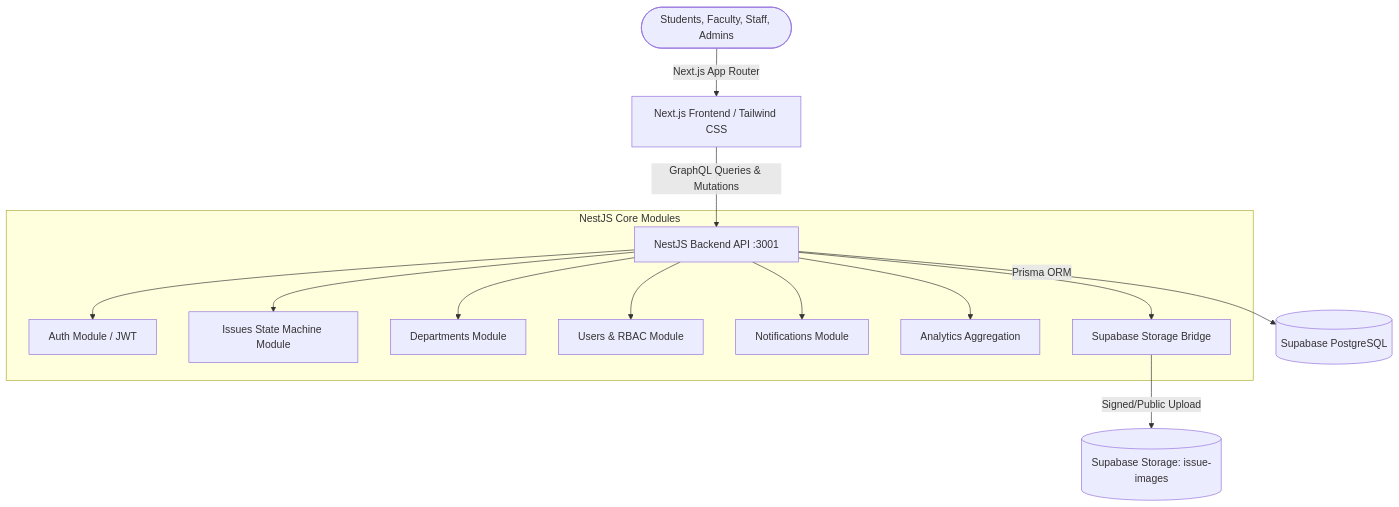
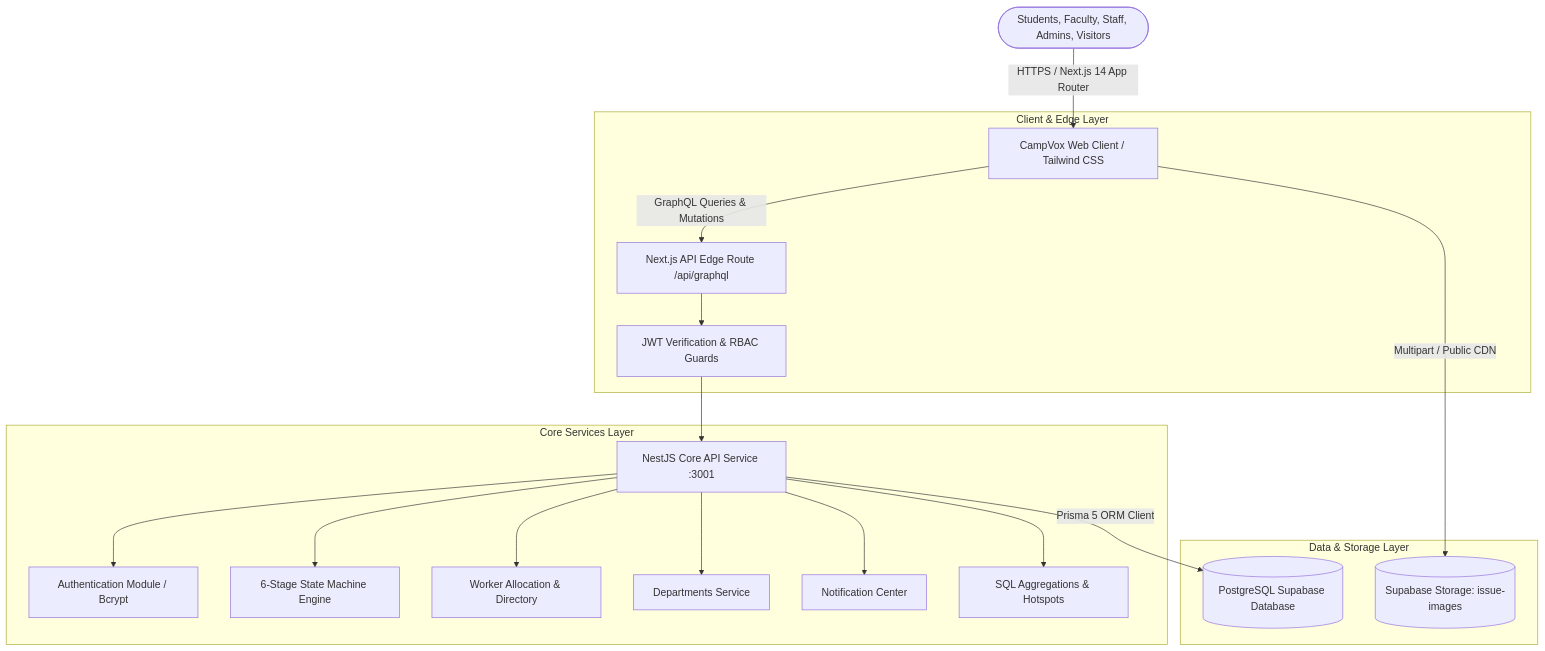
Before and after one commit to vishnupriya759285/campvox: the first of 2 diagrams in README.md, drawn with Mermaid. The commit also changed other lines of this file and 7 other files, not shown here.

Commit message:
docs: add comprehensive README with architecture, workflow guides, and screenshots showcase

````diff
--- a/README.md
+++ b/README.md
@@ -11,18 +94,24 @@
 ```mermaid
 graph TD
-    User([Students, Faculty, Staff, Admins]) -->|Next.js App Router| FE[Next.js Frontend / Tailwind CSS]
-    FE -->|GraphQL Queries & Mutations| BE[NestJS Backend API :3001]
+    User([Students, Faculty, Staff, Admins, Visitors]) -->|HTTPS / Next.js 14 App Router| FE[CampVox Web Client / Tailwind CSS]
     
-    subgraph NestJS Core Modules
-        BE --> AuthMod[Auth Module / JWT]
-        BE --> IssuesMod[Issues State Machine Module]
-        BE --> DeptsMod[Departments Module]
-        BE --> UsersMod[Users & RBAC Module]
-        BE --> NotifMod[Notifications Module]
-        BE --> AnalyticsMod[Analytics Aggregation]
-        BE --> UploadsMod[Supabase Storage Bridge]
+    subgraph Client & Edge Layer
+        FE -->|GraphQL Queries & Mutations| EdgeBFF[Next.js API Edge Route /api/graphql]
+        EdgeBFF --> AuthGuard[JWT Verification & RBAC Guards]
     end
 
-    BE -->|Prisma ORM| DB[(Supabase PostgreSQL)]
-    UploadsMod -->|Signed/Public Upload| Storage[(Supabase Storage: issue-images)]
+    subgraph Core Services Layer
+        AuthGuard --> BE[NestJS Core API Service :3001]
+        BE --> AuthMod[Authentication Module / Bcrypt]
+        BE --> IssuesMod[6-Stage State Machine Engine]
+        BE --> WorkersMod[Worker Allocation & Directory]
+        BE --> DeptsMod[Departments Service]
+        BE --> NotifsMod[Notification Center]
+        BE --> AnalyticsMod[SQL Aggregations & Hotspots]
+    end
+
+    subgraph Data & Storage Layer
+        BE -->|Prisma 5 ORM Client| DB[(PostgreSQL Supabase Database)]
+        FE -->|Multipart / Public CDN| Storage[(Supabase Storage: issue-images)]
+    end
 ```
````
